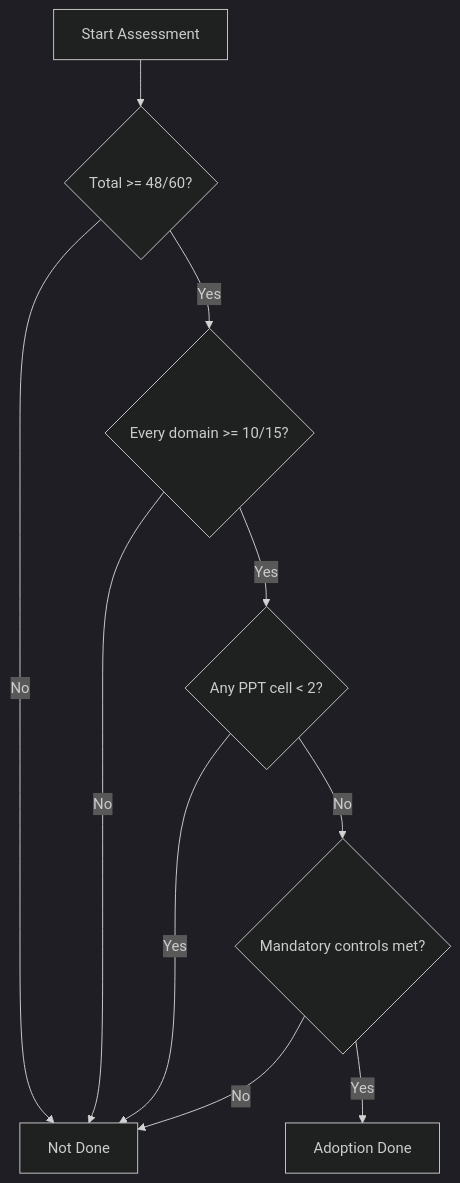
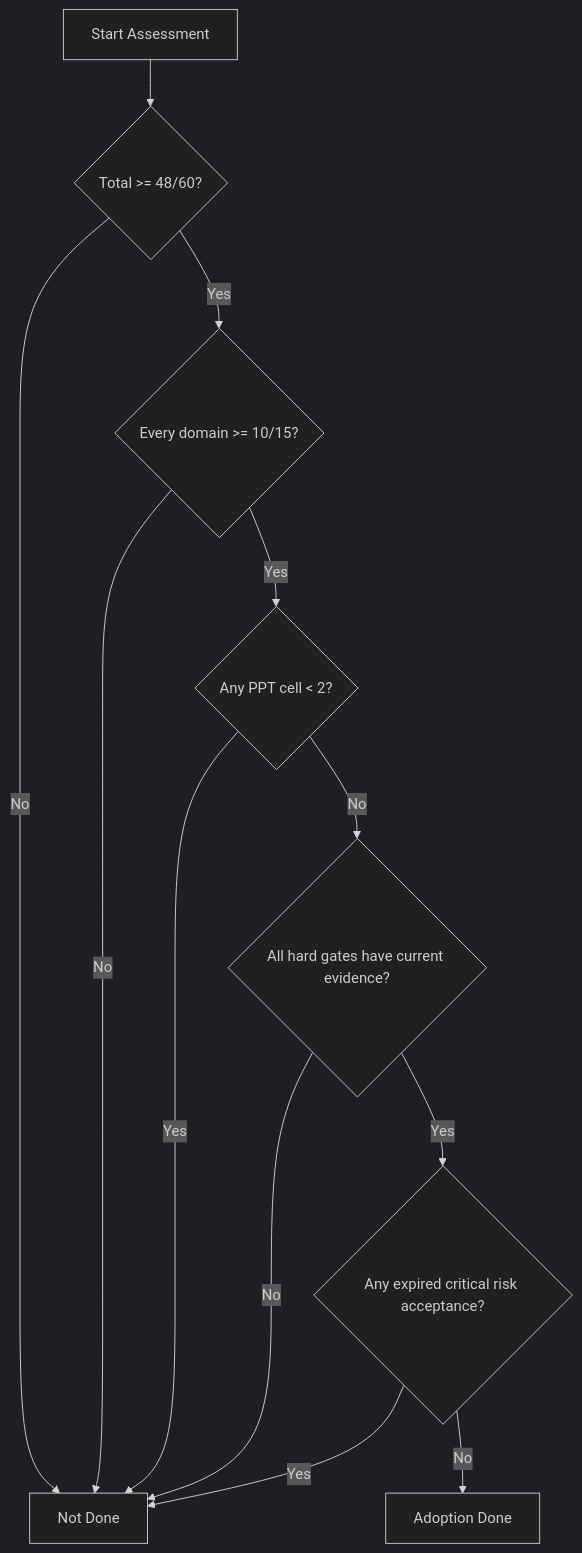
The fourth of 4 diagrams in homecomer.md (hinorashi/homecommer), drawn with Mermaid (dark theme) before and after one commit. The commit also changed other lines of this file and 2 other files, not shown here.

````diff
--- a/homecomer.md
+++ b/homecomer.md
@@ -244,12 +317,14 @@
 ```mermaid
 flowchart TD
   A[Start Assessment] --> B{Total >= 48/60?}
   B -- No --> X[Not Done]
   B -- Yes --> C{Every domain >= 10/15?}
   C -- No --> X
   C -- Yes --> D{Any PPT cell < 2?}
   D -- Yes --> X
-  D -- No --> E{Mandatory controls met?}
+  D -- No --> E{All hard gates have current evidence?}
   E -- No --> X
-  E -- Yes --> F[Adoption Done]
+  E -- Yes --> G{Any expired critical risk acceptance?}
+  G -- Yes --> X
+  G -- No --> F[Adoption Done]
 ```
````
